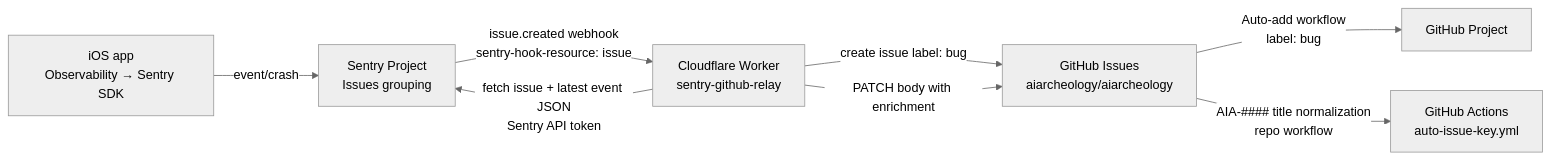
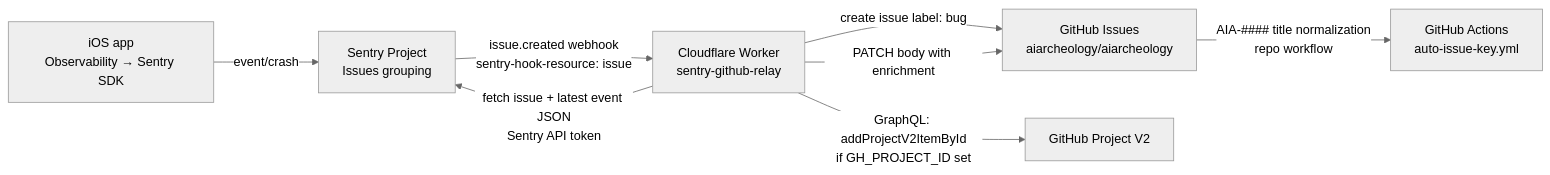
The diagram in cloudflare/README.md (aiarcheology-com/aiarcheology), drawn with Mermaid (neutral theme) before and after one commit. The commit also changed other lines of this file and 3 other files, not shown here.

First line of the commit message:
[AIA-0218] Add automatic GitHub Project V2 integration to Sentry relay worker

````diff
--- a/cloudflare/README.md
+++ b/cloudflare/README.md
@@ -9,10 +9,10 @@
 ```mermaid
 flowchart LR
   A[iOS app<br>Observability → Sentry SDK] -->|event/crash| B[Sentry Project<br>Issues grouping]
   B -->|issue.created webhook<br>sentry-hook-resource: issue| C[Cloudflare Worker<br>sentry-github-relay]
   C -->|create issue label: bug| D[GitHub Issues<br>aiarcheology/aiarcheology]
   C -->|fetch issue + latest event JSON<br>Sentry API token| B
   C -->|PATCH body with enrichment| D
-  D -->|Auto-add workflow<br>label: bug| E[GitHub Project]
+  C -->|GraphQL: addProjectV2ItemById<br>if GH_PROJECT_ID set| E[GitHub Project V2]
   D -->|AIA-#### title normalization<br>repo workflow| F[GitHub Actions<br>auto-issue-key.yml]
 ```
````
